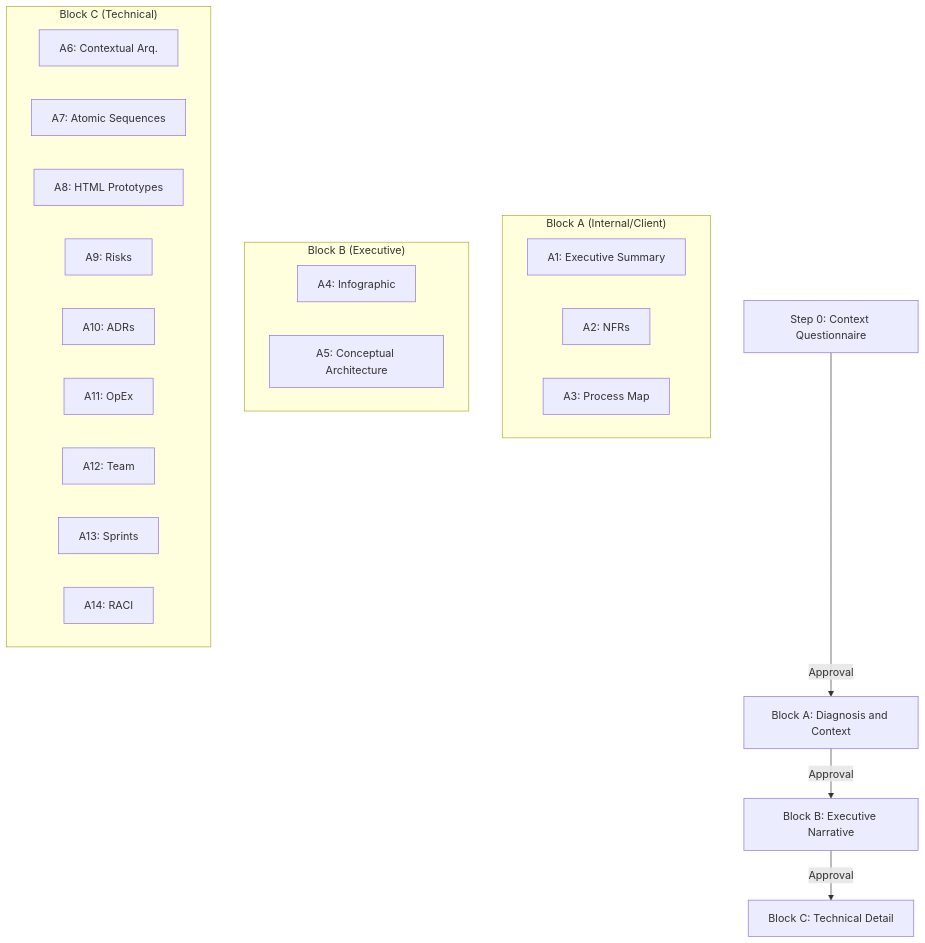
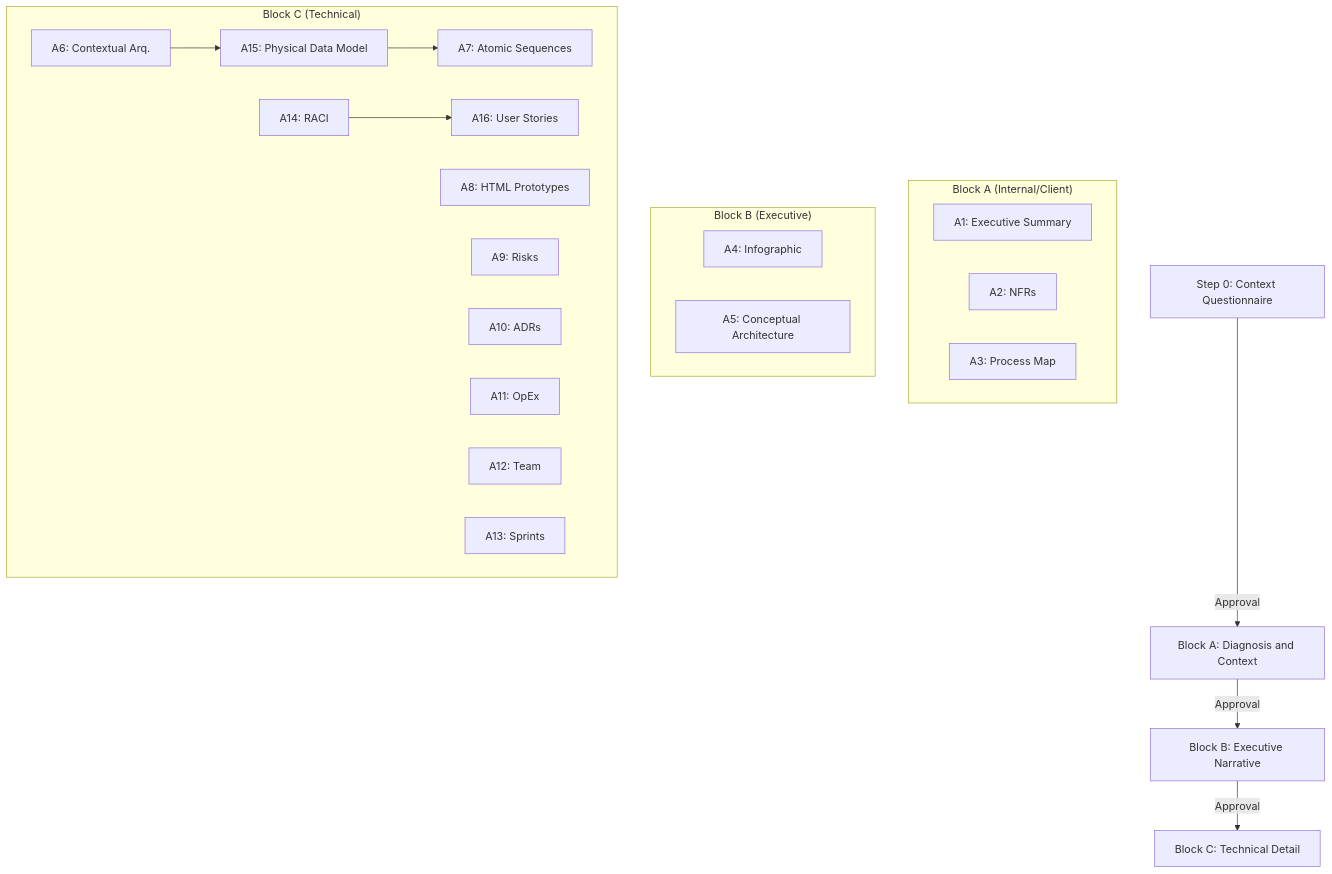
The first of 4 diagrams in README.md (alejandroSanchezCaceres/cortex-skill-architectural-analysis), drawn with Mermaid before and after one commit. The commit also changed other lines of this file and 3 other files, not shown here.

Commit message:
Add phases for HU & Physical model

````diff
--- a/README.md
+++ b/README.md
@@ -25,29 +27,33 @@
 ```mermaid
 graph TD
     P0[Step 0: Context Questionnaire] --> |Approval| BA[Block A: Diagnosis and Context]
     BA --> |Approval| BB[Block B: Executive Narrative]
     BB --> |Approval| BC[Block C: Technical Detail]
     
     subgraph "Block A (Internal/Client)"
         A1[A1: Executive Summary]
         A2[A2: NFRs]
         A3[A3: Process Map]
     end
     
     subgraph "Block B (Executive)"
         A4[A4: Infographic]
         A5[A5: Conceptual Architecture]
     end
     
     subgraph "Block C (Technical)"
         A6[A6: Contextual Arq.]
+        A15[A15: Physical Data Model]
         A7[A7: Atomic Sequences]
         A8[A8: HTML Prototypes]
         A9[A9: Risks]
         A10[A10: ADRs]
         A11[A11: OpEx]
         A12[A12: Team]
         A13[A13: Sprints]
         A14[A14: RACI]
+        A16[A16: User Stories]
+        A6 --> A15 --> A7
+        A14 --> A16
     end
 ```
````
